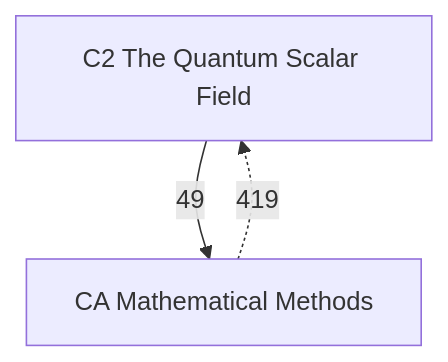
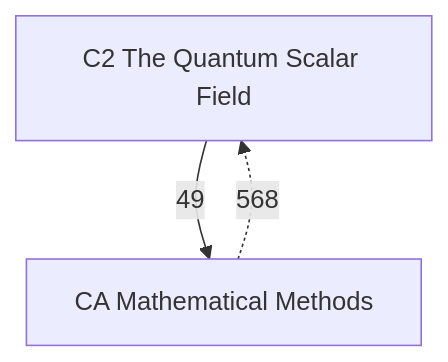
Before and after one commit to Onion20040508/notes: the diagram in Physics/Quantum Field Theory/Quantum Field Theory.md, drawn with Mermaid. The commit also changed 31 other files, not shown here.

````diff
--- a/Physics/Quantum Field Theory/Quantum Field Theory.md
+++ b/Physics/Quantum Field Theory/Quantum Field Theory.md
@@ -21,7 +21,7 @@
 ```mermaid
 graph TD
   C2["C2 The Quantum Scalar Field"]
   CA["CA Mathematical Methods"]
   C2 -->|49| CA
-  CA -.->|419| C2
+  CA -.->|568| C2
 ```
````
